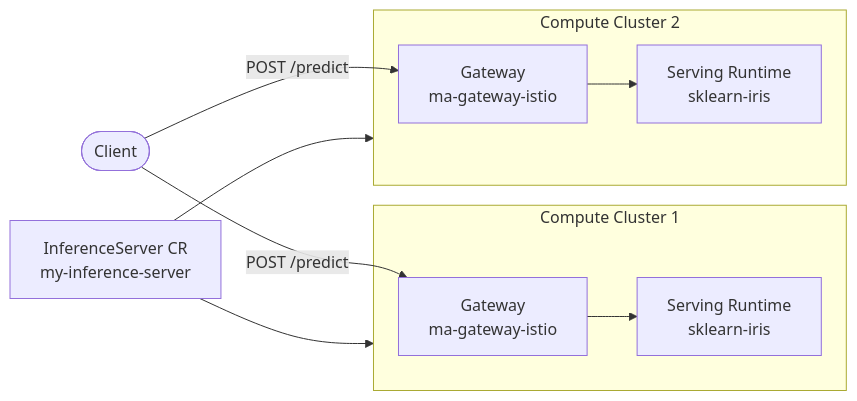
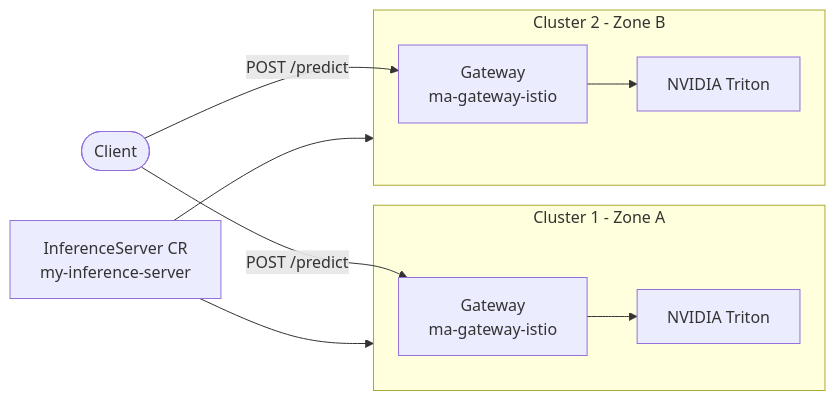
Before and after one commit to apurvapatkeshwar/michelangelo: the fourth of 4 diagrams in README.md, drawn with Mermaid. The commit also changed other lines of this file, not shown here.

First line of the commit message:
docs(readme): update with zonal strategy, accurate runtime support, API server

````diff
--- a/README.md
+++ b/README.md
@@ -134,22 +153,22 @@
 ```mermaid
 graph LR
     IS[InferenceServer CR\nmy-inference-server]
 
     IS --> C1
 
-    subgraph C1[Compute Cluster 1]
+    subgraph C1[Cluster 1 - Zone A]
         GW1[Gateway\nma-gateway-istio]
-        SVC1[Serving Runtime\nsklearn-iris]
+        SVC1[NVIDIA Triton]
         GW1 --> SVC1
     end
 
     IS --> C2
 
-    subgraph C2[Compute Cluster 2]
+    subgraph C2[Cluster 2 - Zone B]
         GW2[Gateway\nma-gateway-istio]
-        SVC2[Serving Runtime\nsklearn-iris]
+        SVC2[NVIDIA Triton]
         GW2 --> SVC2
     end
 
     CLIENT([Client]) -->|POST /predict| GW1 & GW2
 ```
````
